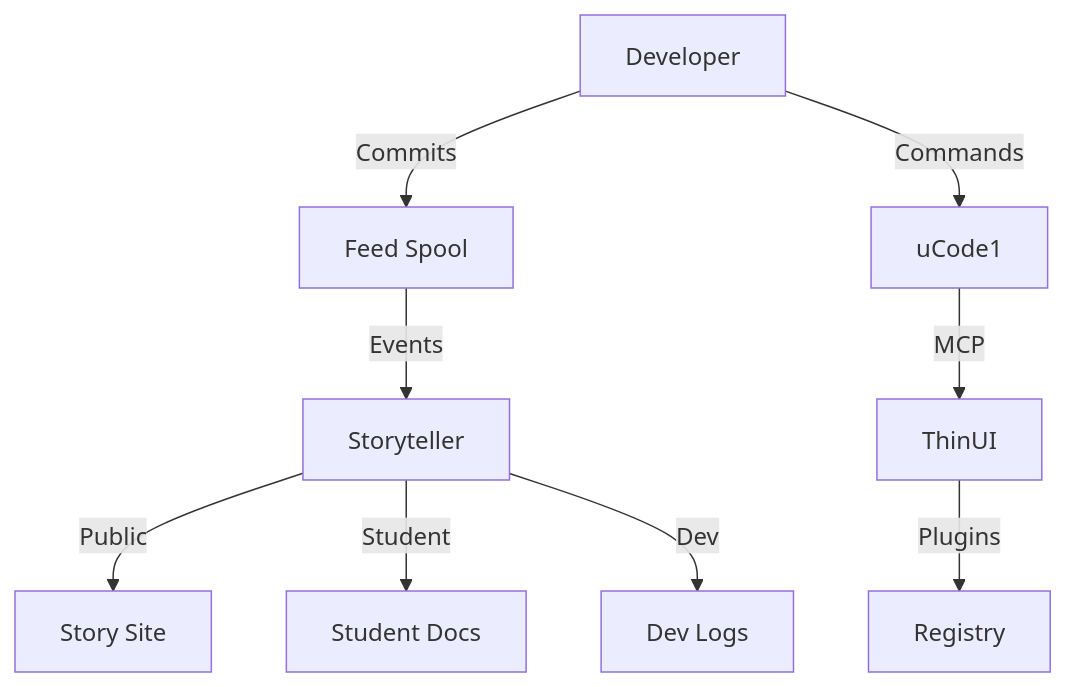
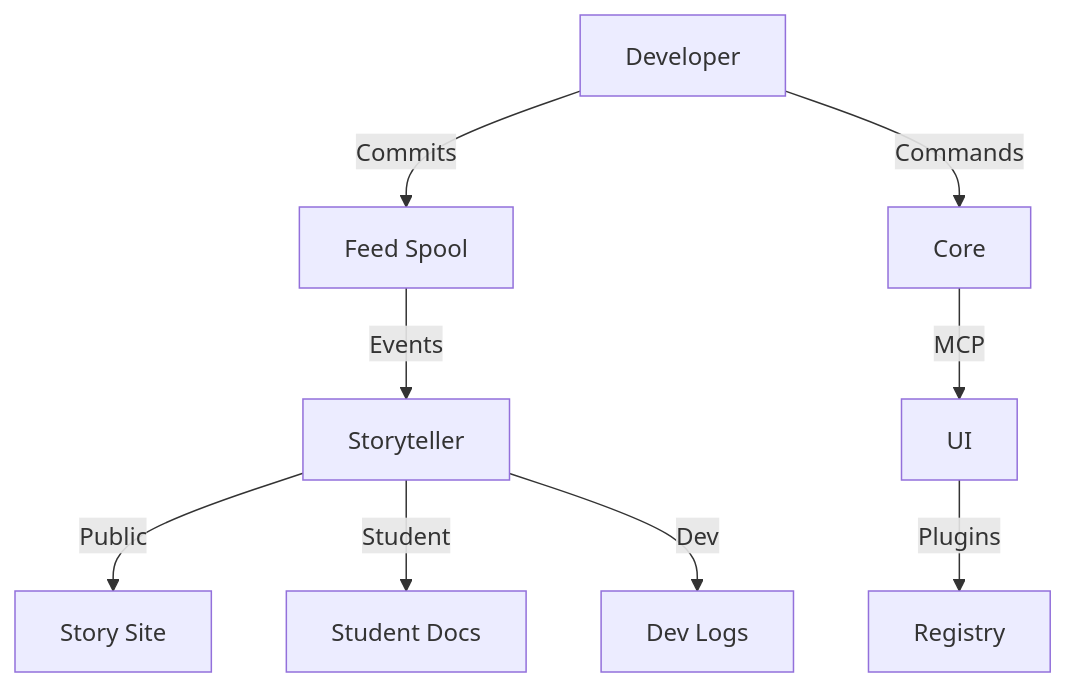
Before and after one commit to uDosGo/uConnect: the diagram in docs/ARCHITECTURE.md, drawn with Mermaid. The commit also changed other lines of this file and 2 other files, not shown here.

First line of the commit message:
docs: update README and ARCHITECTURE to reflect current structure

````diff
--- a/docs/ARCHITECTURE.md
+++ b/docs/ARCHITECTURE.md
@@ -66,11 +43,11 @@
 ```mermaid
 graph TD
     A[Developer] -->|Commits| B[Feed Spool]
     B -->|Events| C[Storyteller]
     C -->|Public| D[Story Site]
     C -->|Student| E[Student Docs]
     C -->|Dev| F[Dev Logs]
-    A -->|Commands| G[uCode1]
-    G -->|MCP| H[ThinUI]
+    A -->|Commands| G[Core]
+    G -->|MCP| H[UI]
     H -->|Plugins| I[Registry]
 ```
````
